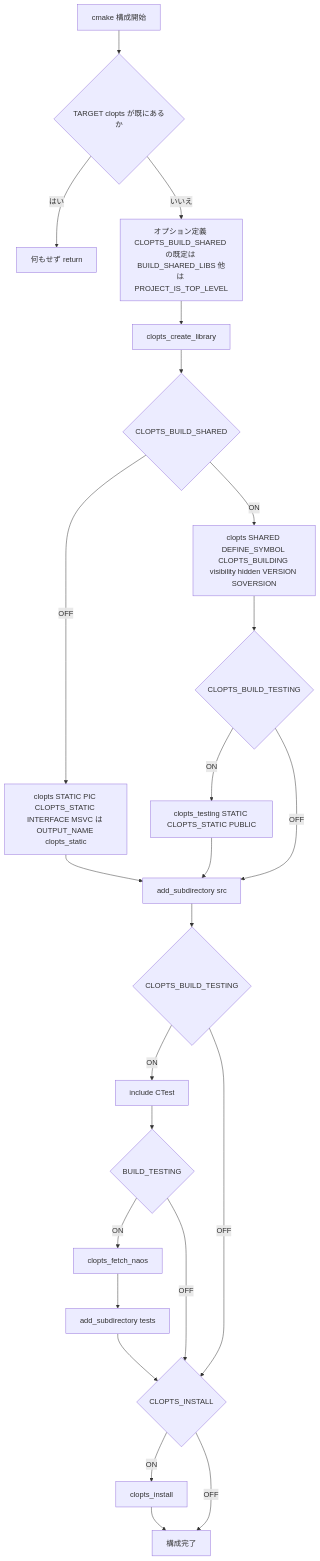
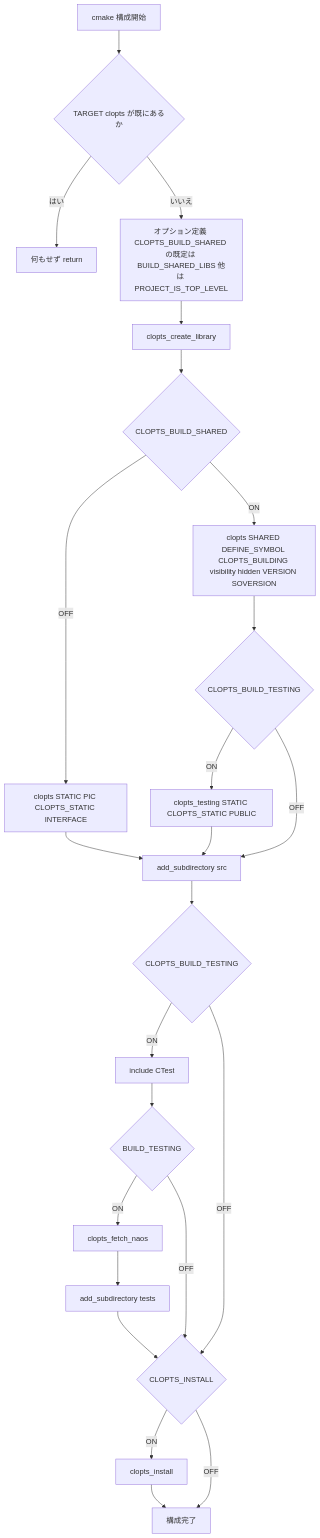
One commit to ktdevx/clopts-private changed the second of 4 diagrams in .kiro/specs/project-foundation/design.md. Above: the diagram before and after it, drawn with Mermaid. The commit also changed other lines of this file and 25 other files, not shown here.

````diff
--- a/.kiro/specs/project-foundation/design.md
+++ b/.kiro/specs/project-foundation/design.md
@@ -286,26 +281,26 @@
 ```mermaid
 flowchart TD
     Start[cmake 構成開始] --> Guard{TARGET clopts が既にあるか}
     Guard -- はい --> Return[何もせず return]
     Guard -- いいえ --> Options[オプション定義 CLOPTS_BUILD_SHARED の既定は BUILD_SHARED_LIBS 他は PROJECT_IS_TOP_LEVEL]
     Options --> Create[clopts_create_library]
     Create --> Type{CLOPTS_BUILD_SHARED}
-    Type -- OFF --> Static[clopts STATIC PIC CLOPTS_STATIC INTERFACE MSVC は OUTPUT_NAME clopts_static]
+    Type -- OFF --> Static[clopts STATIC PIC CLOPTS_STATIC INTERFACE]
     Type -- ON --> Shared[clopts SHARED DEFINE_SYMBOL CLOPTS_BUILDING visibility hidden VERSION SOVERSION]
     Shared --> TestingQ{CLOPTS_BUILD_TESTING}
     TestingQ -- ON --> Testing[clopts_testing STATIC CLOPTS_STATIC PUBLIC]
     TestingQ -- OFF --> Src
     Testing --> Src
     Static --> Src[add_subdirectory src]
     Src --> TestQ{CLOPTS_BUILD_TESTING}
     TestQ -- ON --> CTest[include CTest]
     CTest --> BT{BUILD_TESTING}
     BT -- ON --> Fetch[clopts_fetch_naos]
     Fetch --> Tests[add_subdirectory tests]
     BT -- OFF --> InstQ
     TestQ -- OFF --> InstQ{CLOPTS_INSTALL}
     Tests --> InstQ
     InstQ -- ON --> Install[clopts_install]
     InstQ -- OFF --> Done[構成完了]
     Install --> Done
 ```
````
